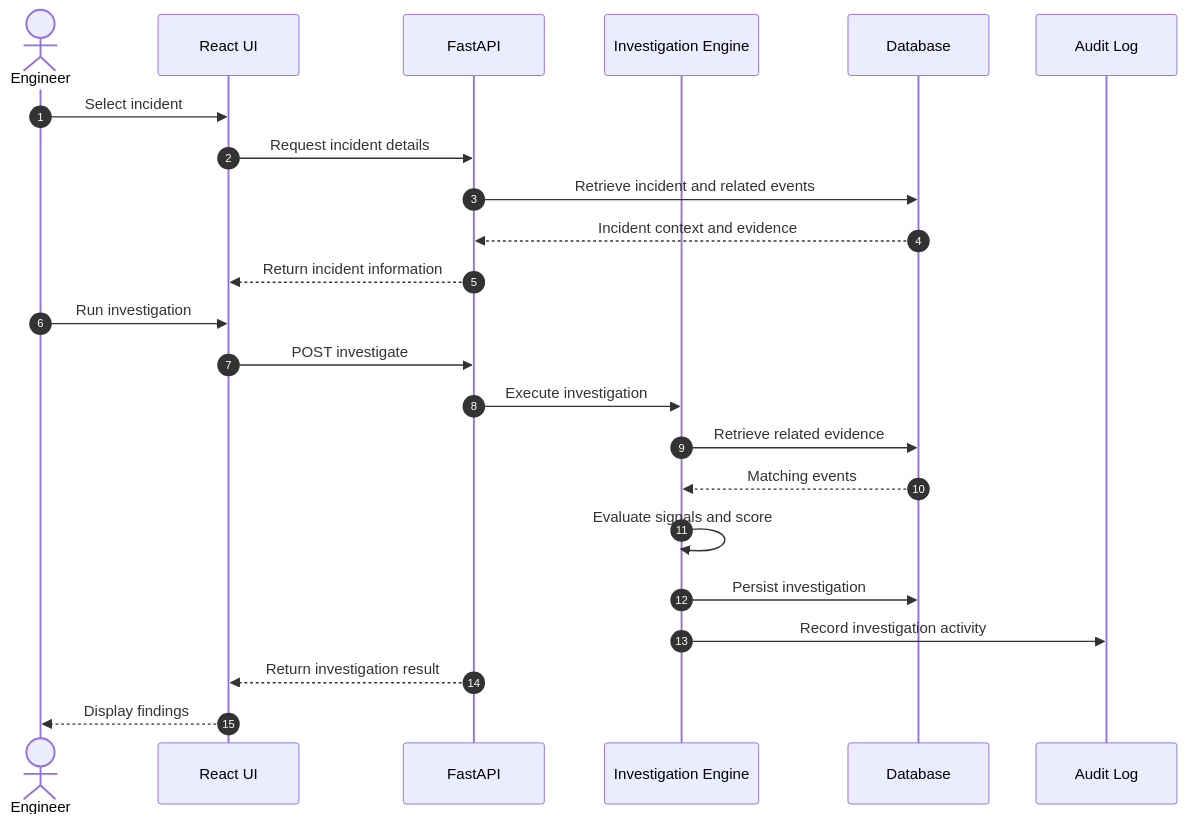
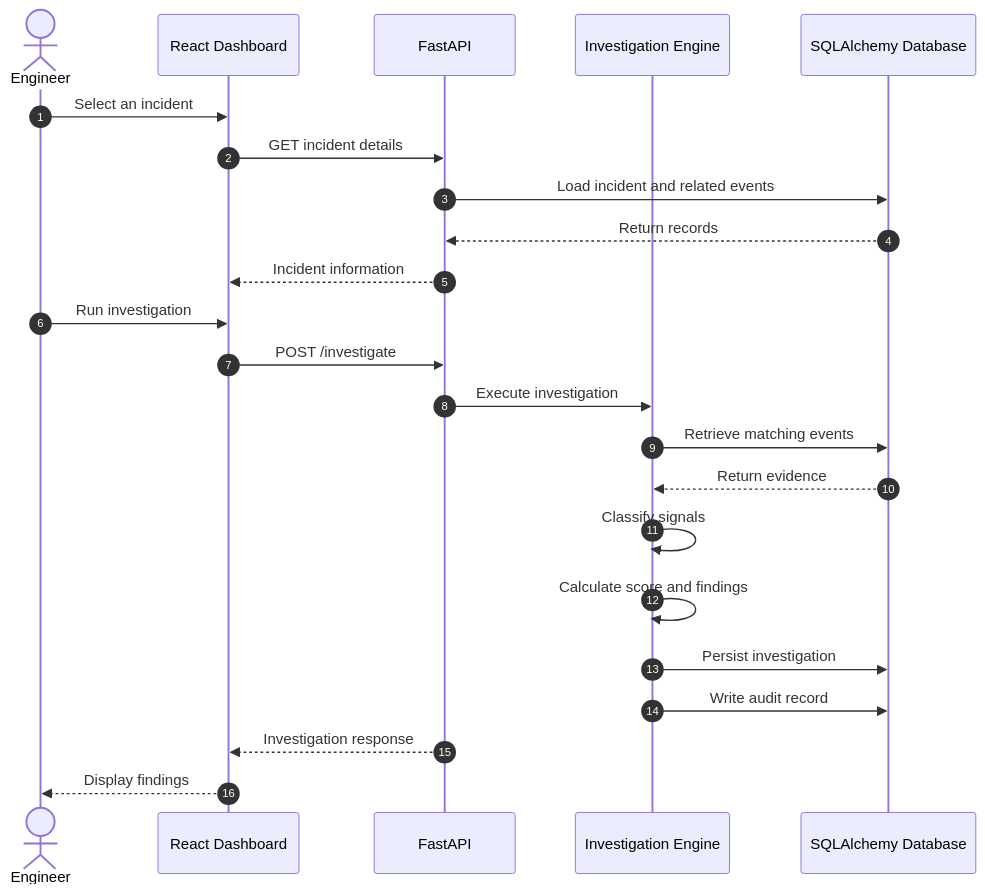
The third of 8 diagrams in README.md (akankshad1712/opspilot-ai), drawn with Mermaid before and after one commit. The commit also changed other lines of this file, not shown here.

````diff
--- a/README.md
+++ b/README.md
@@ -126,27 +191,27 @@
 ```mermaid
 sequenceDiagram
     autonumber
-    actor Engineer
-    participant UI as React UI
+    actor User as Engineer
+    participant Web as React Dashboard
     participant API as FastAPI
     participant Engine as Investigation Engine
-    participant DB as Database
-    participant Audit as Audit Log
+    participant DB as SQLAlchemy Database
 
-    Engineer->>UI: Select incident
-    UI->>API: Request incident details
-    API->>DB: Retrieve incident and related events
-    DB-->>API: Incident context and evidence
-    API-->>UI: Return incident information
+    User->>Web: Select an incident
+    Web->>API: GET incident details
+    API->>DB: Load incident and related events
+    DB-->>API: Return records
+    API-->>Web: Incident information
 
-    Engineer->>UI: Run investigation
-    UI->>API: POST investigate
+    User->>Web: Run investigation
+    Web->>API: POST /investigate
     API->>Engine: Execute investigation
-    Engine->>DB: Retrieve related evidence
-    DB-->>Engine: Matching events
-    Engine->>Engine: Evaluate signals and score
+    Engine->>DB: Retrieve matching events
+    DB-->>Engine: Return evidence
+    Engine->>Engine: Classify signals
+    Engine->>Engine: Calculate score and findings
     Engine->>DB: Persist investigation
-    Engine->>Audit: Record investigation activity
-    API-->>UI: Return investigation result
-    UI-->>Engineer: Display findings
+    Engine->>DB: Write audit record
+    API-->>Web: Investigation response
+    Web-->>User: Display findings
 ```
````
